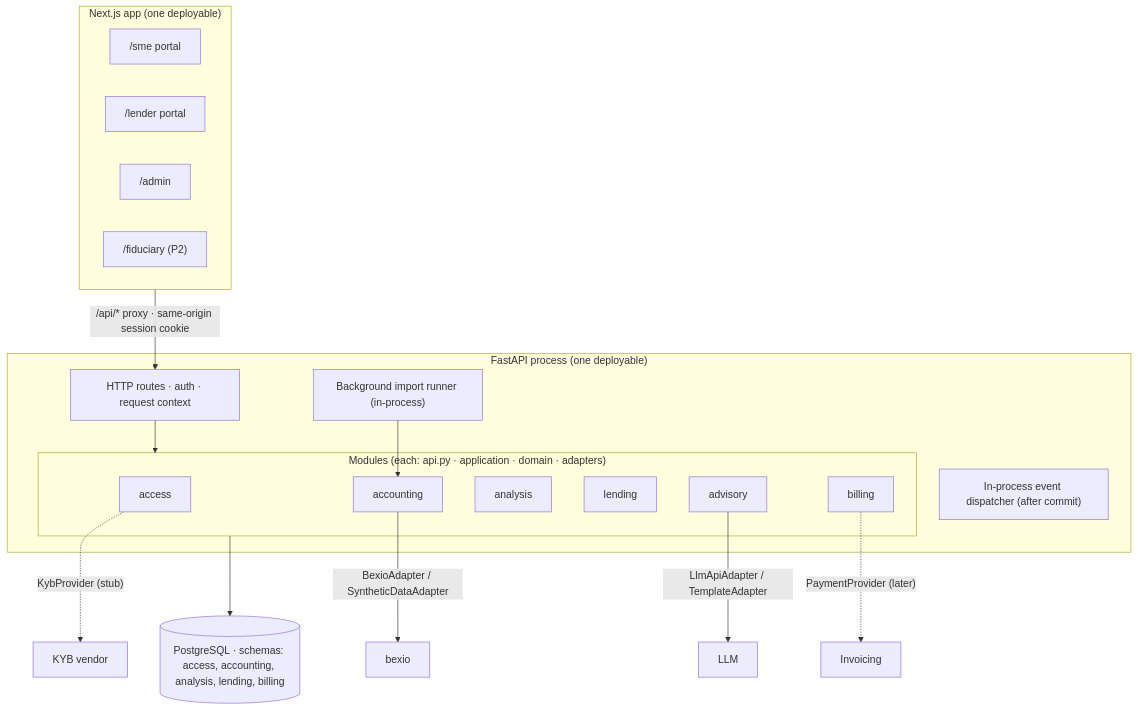
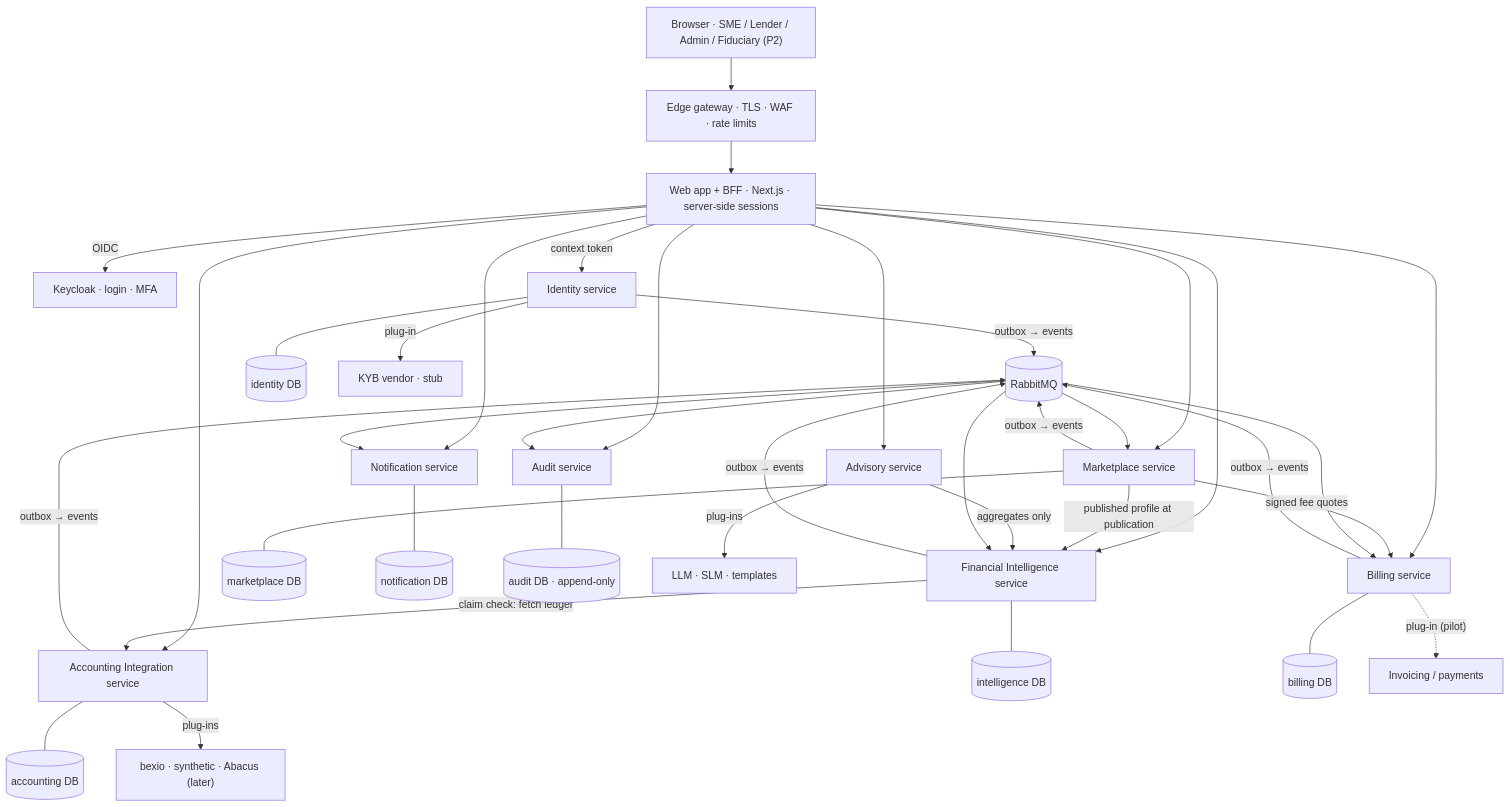
One commit to VanvikTOR03/credsort changed the diagram in docs/architecture/05-architecture-style.md. Above: the diagram before and after it, drawn with Mermaid. The commit also changed other lines of this file and 56 other files, not shown here.

First line of the commit message:
docs: switch to service-based architecture, add failure-mode analysis and 31 ADRs

````diff
--- a/docs/architecture/05-architecture-style.md
+++ b/docs/architecture/05-architecture-style.md
@@ -55,31 +96,31 @@
 ```mermaid
 flowchart TB
-  subgraph FE["Next.js app (one deployable)"]
-    SMEP["/sme portal"]
-    LP["/lender portal"]
-    AP["/admin"]
-    FP["/fiduciary (P2)"]
-  end
-  subgraph BE["FastAPI process (one deployable)"]
-    HTTP["HTTP routes · auth · request context"]
-    subgraph MODS["Modules (each: api.py · application · domain · adapters)"]
-      ACCESS["access"]
-      ACC["accounting"]
-      ANA["analysis"]
-      LEND["lending"]
-      ADV["advisory"]
-      BILL["billing"]
-    end
-    JOBS["Background import runner (in-process)"]
-    EVT["In-process event dispatcher (after commit)"]
-  end
-  DB[("PostgreSQL · schemas: access, accounting, analysis, lending, billing")]
-  FE -->|"/api/* proxy · same-origin session cookie"| HTTP
-  HTTP --> MODS
-  JOBS --> ACC
-  MODS --> DB
-  ACC -->|"BexioAdapter / SyntheticDataAdapter"| EXT1["bexio"]
-  ADV -->|"LlmApiAdapter / TemplateAdapter"| EXT2["LLM"]
-  ACCESS -.->|"KybProvider (stub)"| EXT3["KYB vendor"]
-  BILL -.->|"PaymentProvider (later)"| EXT4["Invoicing"]
+  B["Browser · SME / Lender / Admin / Fiduciary (P2)"] --> EDGE["Edge gateway · TLS · WAF · rate limits"]
+  EDGE --> WEB["Web app + BFF · Next.js · server-side sessions"]
+  WEB -->|"OIDC"| KC["Keycloak · login · MFA"]
+  WEB -->|"context token"| ID["Identity service"]
+  WEB --> ACC["Accounting Integration service"]
+  WEB --> FI["Financial Intelligence service"]
+  WEB --> MKT["Marketplace service"]
+  WEB --> BIL["Billing service"]
+  WEB --> ADV["Advisory service"]
+  WEB --> NTF["Notification service"]
+  WEB --> AUD["Audit service"]
+  FI -->|"claim check: fetch ledger"| ACC
+  MKT -->|"published profile at publication"| FI
+  MKT -->|"signed fee quotes"| BIL
+  ADV -->|"aggregates only"| FI
+  ACC & FI & MKT & BIL & ID -->|"outbox → events"| MQ[("RabbitMQ")]
+  MQ --> FI & BIL & NTF & AUD & MKT
+  ACC --- DBA[("accounting DB")]
+  FI --- DBF[("intelligence DB")]
+  MKT --- DBM[("marketplace DB")]
+  BIL --- DBB[("billing DB")]
+  ID --- DBI[("identity DB")]
+  NTF --- DBN[("notification DB")]
+  AUD --- DBAU[("audit DB · append-only")]
+  ACC -->|"plug-ins"| BX["bexio · synthetic · Abacus (later)"]
+  ADV -->|"plug-ins"| LLM["LLM · SLM · templates"]
+  ID -->|"plug-in"| KYB["KYB vendor · stub"]
+  BIL -.->|"plug-in (pilot)"| INV["Invoicing / payments"]
 ```
````
